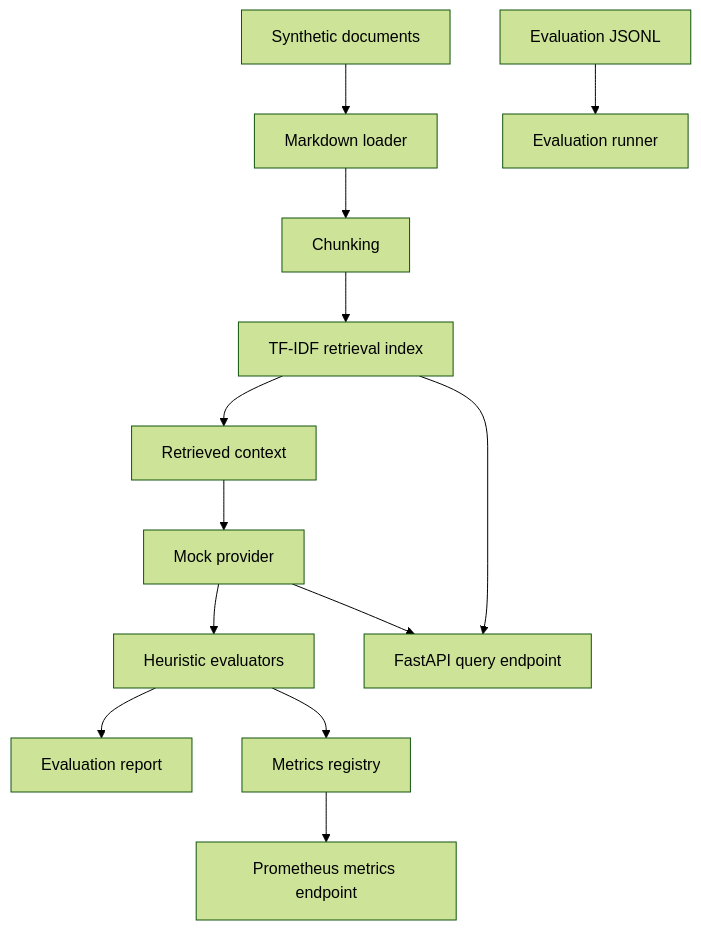
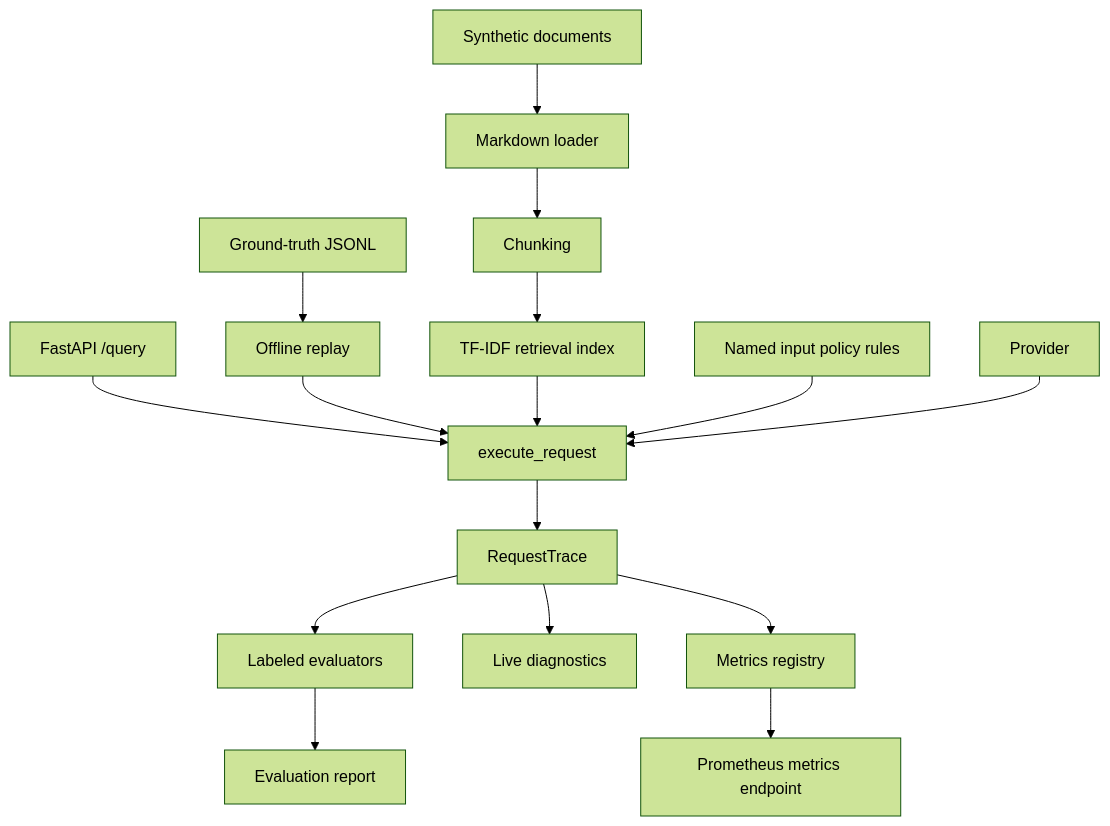
One commit to paolo-notaro/llmops-workbench changed the diagram in docs/architecture.md. Above: the diagram before and after it, drawn with Mermaid (forest theme). The commit also changed other lines of this file and 9 other files, not shown here.

First line of the commit message:
Replace the keyword guardrail with named policy rules

````diff
--- a/docs/architecture.md
+++ b/docs/architecture.md
@@ -5,15 +5,18 @@
 ```mermaid
 flowchart TD
     A["Synthetic documents"] --> B["Markdown loader"]
     B --> C["Chunking"]
     C --> D["TF-IDF retrieval index"]
-    E["Evaluation JSONL"] --> F["Evaluation runner"]
-    D --> G["Retrieved context"]
-    G --> H["Mock provider"]
-    H --> I["Heuristic evaluators"]
-    I --> J["Evaluation report"]
-    I --> K["Metrics registry"]
-    D --> L["FastAPI query endpoint"]
-    H --> L
-    K --> M["Prometheus metrics endpoint"]
+    E["Ground-truth JSONL"] --> F["Offline replay"]
+    G["FastAPI /query"] --> H["execute_request"]
+    F --> H
+    D --> H
+    I["Named input policy rules"] --> H
+    J["Provider"] --> H
+    H --> K["RequestTrace"]
+    K --> L["Labeled evaluators"]
+    K --> M["Live diagnostics"]
+    K --> N["Metrics registry"]
+    L --> O["Evaluation report"]
+    N --> P["Prometheus metrics endpoint"]
 ```
````
